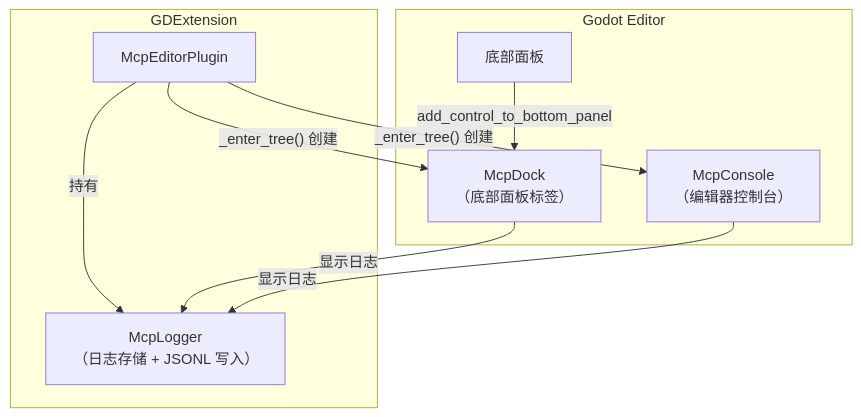
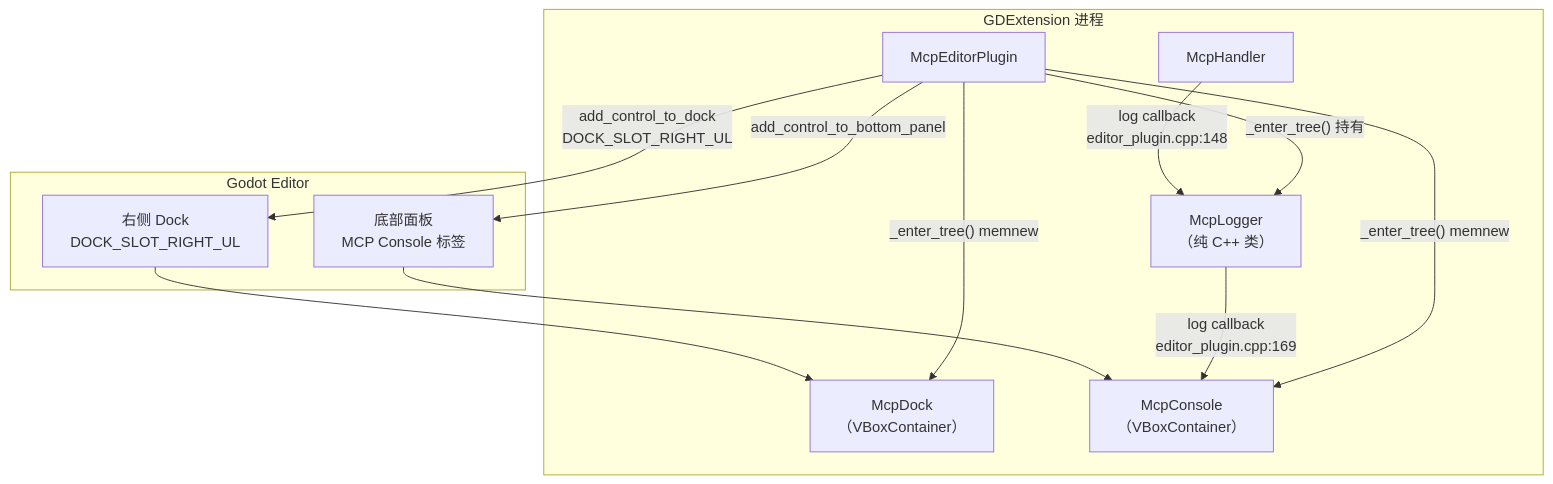
Before and after one commit to jesspig/GodotMCP-GDExtension: the first of 2 diagrams in .repo_wiki/modules/ui-components.md, drawn with Mermaid. The commit also changed other lines of this file and 36 other files, not shown here.

````diff
--- a/.repo_wiki/modules/ui-components.md
+++ b/.repo_wiki/modules/ui-components.md
@@ -7,18 +7,23 @@
 ```mermaid
 flowchart TB
     subgraph Editor["Godot Editor"]
-        BP["底部面板"]
-        DOCK["McpDock<br/>（底部面板标签）"]
-        CONSOLE["McpConsole<br/>（编辑器控制台）"]
+        RD["右侧 Dock<br/>DOCK_SLOT_RIGHT_UL"]
+        BP["底部面板<br/>MCP Console 标签"]
     end
-    subgraph Cpp["GDExtension"]
-        LOGGER["McpLogger<br/>（日志存储 + JSONL 写入）"]
+    subgraph Cpp["GDExtension 进程"]
         PLUGIN["McpEditorPlugin"]
+        DOCK["McpDock<br/>（VBoxContainer）"]
+        CONSOLE["McpConsole<br/>（VBoxContainer）"]
+        LOGGER["McpLogger<br/>（纯 C++ 类）"]
+        HANDLER["McpHandler"]
     end
-    PLUGIN -->|"_enter_tree() 创建"| DOCK
-    PLUGIN -->|"_enter_tree() 创建"| CONSOLE
-    PLUGIN -->|"持有"| LOGGER
-    DOCK -->|"显示日志"| LOGGER
-    CONSOLE -->|"显示日志"| LOGGER
-    BP -->|"add_control_to_bottom_panel"| DOCK
+    PLUGIN -->|"_enter_tree() memnew"| DOCK
+    PLUGIN -->|"_enter_tree() memnew"| CONSOLE
+    PLUGIN -->|"_enter_tree() 持有"| LOGGER
+    HANDLER -->|"log callback<br/>editor_plugin.cpp:148"| LOGGER
+    LOGGER -->|"log callback<br/>editor_plugin.cpp:169"| CONSOLE
+    PLUGIN -->|"add_control_to_dock<br/>DOCK_SLOT_RIGHT_UL"| RD
+    RD --> DOCK
+    PLUGIN -->|"add_control_to_bottom_panel"| BP
+    BP --> CONSOLE
 ```
````
